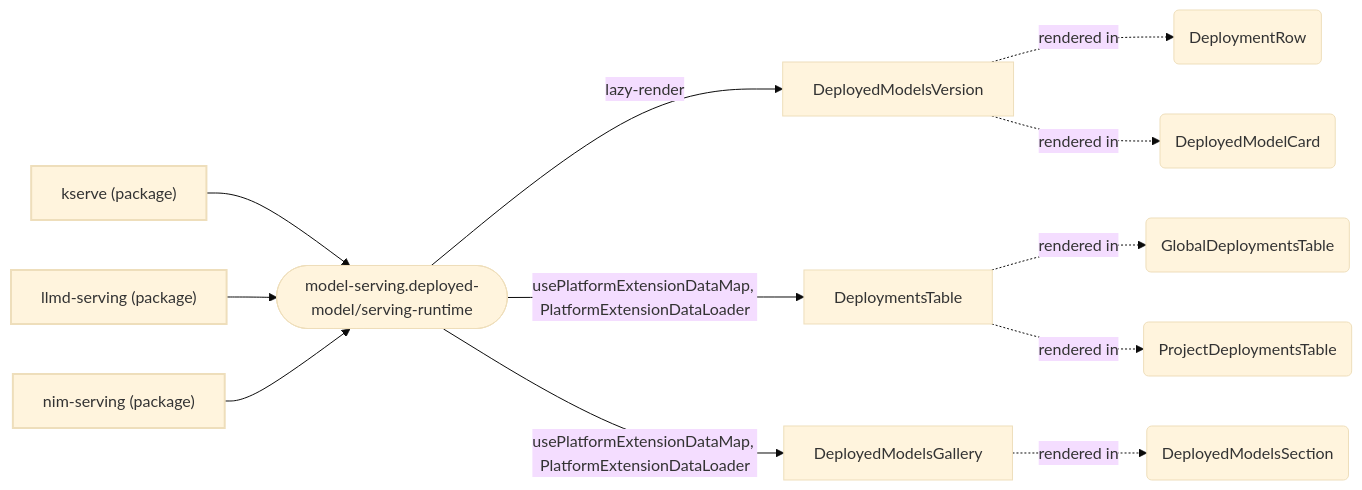
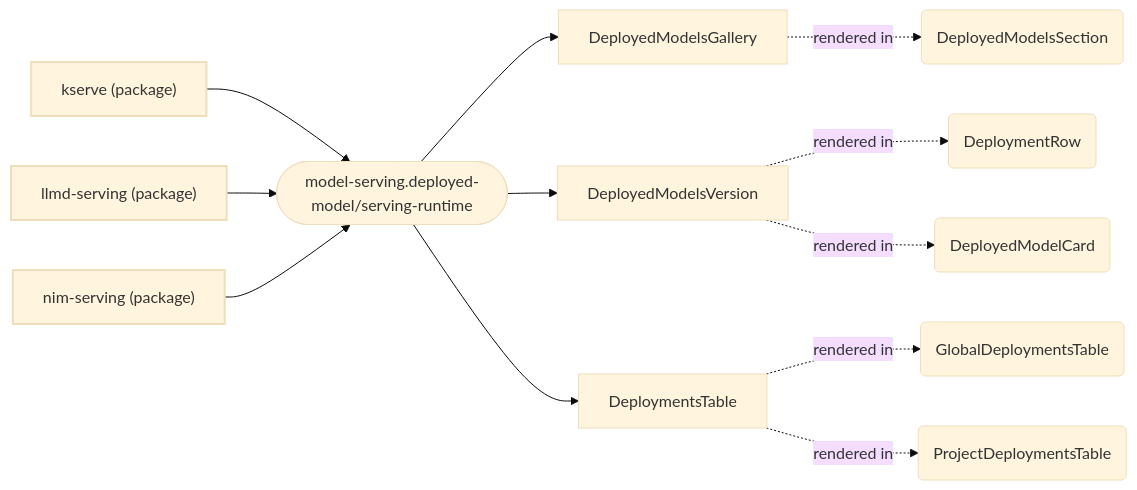
One commit to mturley/odh-dashboard changed the second of 19 diagrams in packages/model-serving/docs/extensions.md. Above: the diagram before and after it, drawn with Mermaid (base theme). The commit also changed other lines of this file and 28 other files, not shown here.

````diff
--- a/packages/model-serving/docs/extensions.md
+++ b/packages/model-serving/docs/extensions.md
@@ -83,28 +226,28 @@
 ```mermaid
 flowchart LR
   classDef pkg stroke-width:2px
   classDef point stroke-width:1px
   n_pkg__odh_dashboard_kserve_5ec96a["kserve (package)"]:::pkg
   n_pkg__odh_dashboard_llmd_serving_3e146e["llmd-serving (package)"]:::pkg
   n_pkg__odh_dashboard_nim_serving_241793["nim-serving (package)"]:::pkg
   n_model_serving_deployed_model_serving_runtime_a806c7(["model-serving.deployed-model/serving-runtime"]):::point
   n_pkg__odh_dashboard_kserve_5ec96a --> n_model_serving_deployed_model_serving_runtime_a806c7
   n_pkg__odh_dashboard_llmd_serving_3e146e --> n_model_serving_deployed_model_serving_runtime_a806c7
   n_pkg__odh_dashboard_nim_serving_241793 --> n_model_serving_deployed_model_serving_runtime_a806c7
+  n_symbol_packages_model_serving_src_components_overview_DeployedModelsSection_tsx_DeployedModelsGallery_a05bbb["DeployedModelsGallery"]
+  n_model_serving_deployed_model_serving_runtime_a806c7 --> n_symbol_packages_model_serving_src_components_overview_DeployedModelsSection_tsx_DeployedModelsGallery_a05bbb
   n_symbol_packages_model_serving_src_components_deployments_DeployedModelsVersion_tsx_DeployedModelsVersion_7c3b75["DeployedModelsVersion"]
-  n_model_serving_deployed_model_serving_runtime_a806c7 -- "lazy-render" --> n_symbol_packages_model_serving_src_components_deployments_DeployedModelsVersion_tsx_DeployedModelsVersion_7c3b75
+  n_model_serving_deployed_model_serving_runtime_a806c7 --> n_symbol_packages_model_serving_src_components_deployments_DeployedModelsVersion_tsx_DeployedModelsVersion_7c3b75
   n_symbol_packages_model_serving_src_components_deployments_DeploymentsTable_tsx_DeploymentsTable_e63685["DeploymentsTable"]
-  n_model_serving_deployed_model_serving_runtime_a806c7 -- "usePlatformExtensionDataMap, PlatformExtensionDataLoader" --> n_symbol_packages_model_serving_src_components_deployments_DeploymentsTable_tsx_DeploymentsTable_e63685
-  n_symbol_packages_model_serving_src_components_overview_DeployedModelsSection_tsx_DeployedModelsGallery_a05bbb["DeployedModelsGallery"]
-  n_model_serving_deployed_model_serving_runtime_a806c7 -- "usePlatformExtensionDataMap, PlatformExtensionDataLoader" --> n_symbol_packages_model_serving_src_components_overview_DeployedModelsSection_tsx_DeployedModelsGallery_a05bbb
+  n_model_serving_deployed_model_serving_runtime_a806c7 --> n_symbol_packages_model_serving_src_components_deployments_DeploymentsTable_tsx_DeploymentsTable_e63685
+  n_symbol_packages_model_serving_src_components_overview_DeployedModelsSection_tsx_DeployedModelsSection_490432("DeployedModelsSection")
   n_symbol_packages_model_serving_src_components_deployments_row_DeploymentsTableRow_tsx_DeploymentRow_4a6253("DeploymentRow")
   n_symbol_packages_model_serving_src_components_overview_DeployedModelsSection_tsx_DeployedModelCard_c106cc("DeployedModelCard")
   n_symbol_packages_model_serving_src_components_global_GlobalDeploymentsTable_tsx_GlobalDeploymentsTable_f5e0a4("GlobalDeploymentsTable")
   n_symbol_packages_model_serving_src_components_projectDetails_ProjectDeploymentsTable_tsx_ProjectDeploymentsTable_97a434("ProjectDeploymentsTable")
-  n_symbol_packages_model_serving_src_components_overview_DeployedModelsSection_tsx_DeployedModelsSection_490432("DeployedModelsSection")
+  n_symbol_packages_model_serving_src_components_overview_DeployedModelsSection_tsx_DeployedModelsGallery_a05bbb -. "rendered in" .-> n_symbol_packages_model_serving_src_components_overview_DeployedModelsSection_tsx_DeployedModelsSection_490432
   n_symbol_packages_model_serving_src_components_deployments_DeployedModelsVersion_tsx_DeployedModelsVersion_7c3b75 -. "rendered in" .-> n_symbol_packages_model_serving_src_components_deployments_row_DeploymentsTableRow_tsx_DeploymentRow_4a6253
   n_symbol_packages_model_serving_src_components_deployments_DeployedModelsVersion_tsx_DeployedModelsVersion_7c3b75 -. "rendered in" .-> n_symbol_packages_model_serving_src_components_overview_DeployedModelsSection_tsx_DeployedModelCard_c106cc
   n_symbol_packages_model_serving_src_components_deployments_DeploymentsTable_tsx_DeploymentsTable_e63685 -. "rendered in" .-> n_symbol_packages_model_serving_src_components_global_GlobalDeploymentsTable_tsx_GlobalDeploymentsTable_f5e0a4
   n_symbol_packages_model_serving_src_components_deployments_DeploymentsTable_tsx_DeploymentsTable_e63685 -. "rendered in" .-> n_symbol_packages_model_serving_src_components_projectDetails_ProjectDeploymentsTable_tsx_ProjectDeploymentsTable_97a434
-  n_symbol_packages_model_serving_src_components_overview_DeployedModelsSection_tsx_DeployedModelsGallery_a05bbb -. "rendered in" .-> n_symbol_packages_model_serving_src_components_overview_DeployedModelsSection_tsx_DeployedModelsSection_490432
 ```
````
